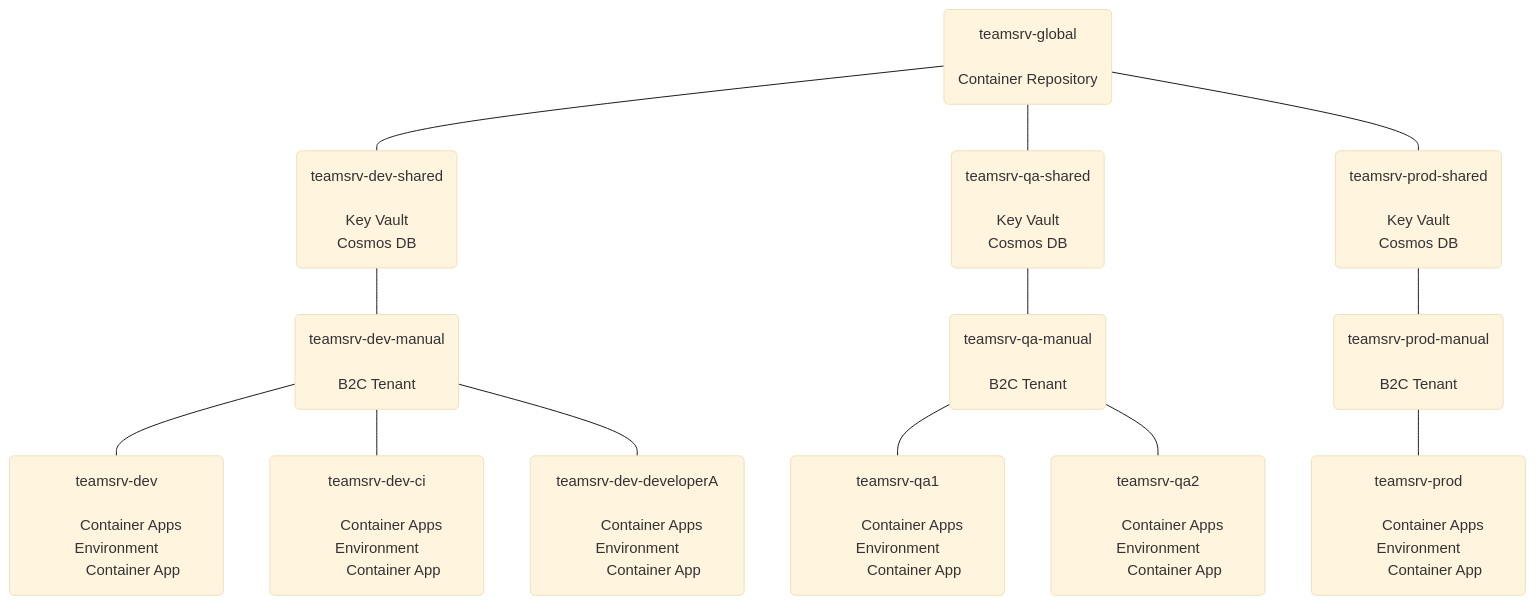
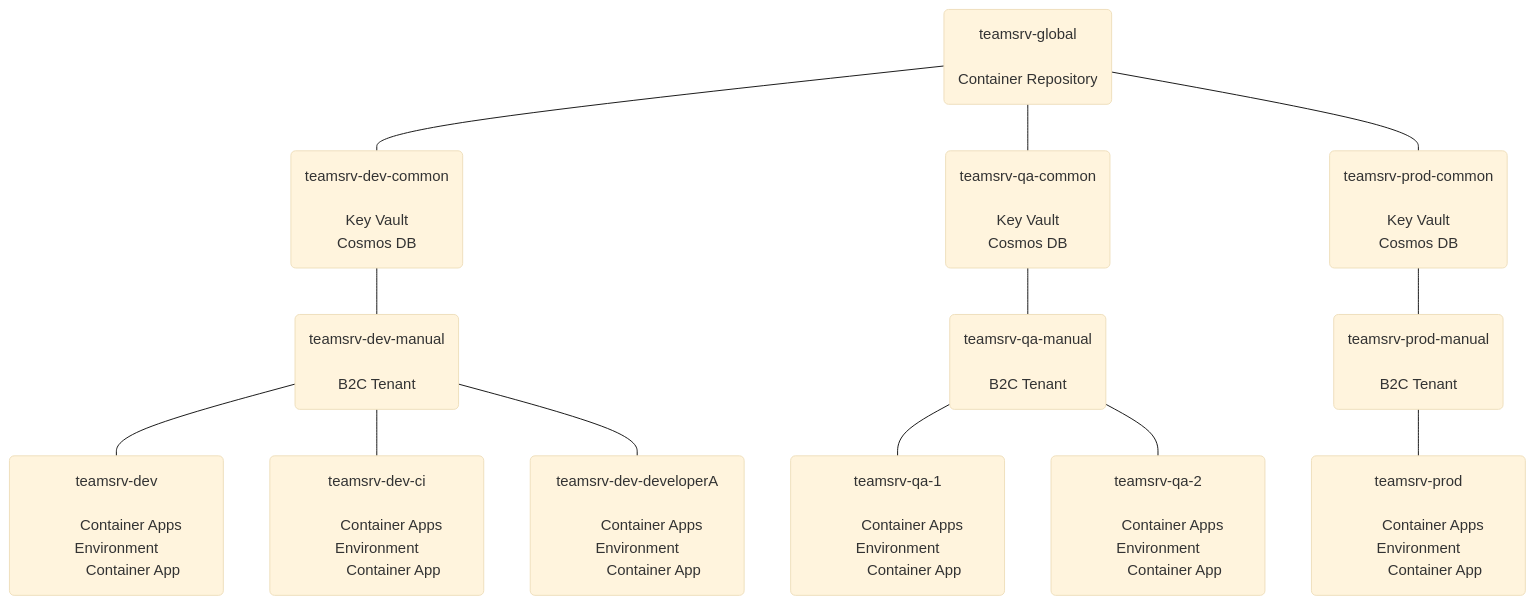
Before and after one commit to Miruken-Go/demo.microservice: the second of 2 diagrams in deployment/design/environmentFlow.md, drawn with Mermaid (base theme). The commit also changed other lines of this file, not shown here.

```diff
--- a/deployment/design/environmentFlow.md
+++ b/deployment/design/environmentFlow.md
@@ -28,7 +28,7 @@
         Container Repository
     ) 
     G  --- DS(
-        teamsrv-dev-shared
+        teamsrv-dev-common
 
         Key Vault
         Cosmos DB
@@ -58,7 +58,7 @@
     )
 
     G  --- QS(
-        teamsrv-qa-shared
+        teamsrv-qa-common
 
         Key Vault
         Cosmos DB
@@ -69,20 +69,20 @@
         B2C Tenant
     )
     QM --- Q1(
-        teamsrv-qa1
+        teamsrv-qa-1
 
         Container Apps Environment
         Container App
     )
     QM --- Q2(
-        teamsrv-qa2
+        teamsrv-qa-2
 
         Container Apps Environment
         Container App
     )
 
     G  --- PS(
-        teamsrv-prod-shared
+        teamsrv-prod-common
 
         Key Vault
         Cosmos DB
```
